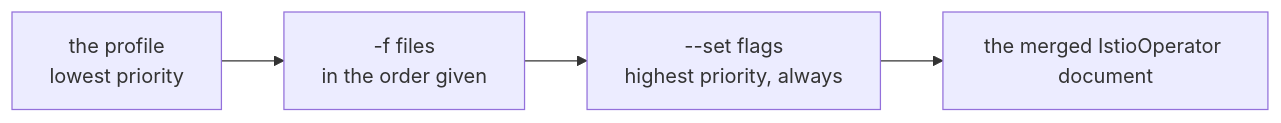
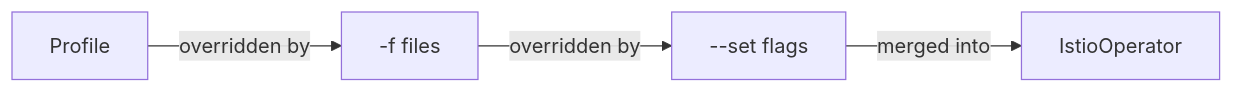
Before and after one commit to astrona-io/ATS013: the second of 2 diagrams in sections/section-010/module-01/course-01-render-and-apply-pipeline.md, drawn with Mermaid. The commit also changed other lines of this file and 24 other files, not shown here.

````diff
--- a/sections/section-010/module-01/course-01-render-and-apply-pipeline.md
+++ b/sections/section-010/module-01/course-01-render-and-apply-pipeline.md
@@ -72,6 +90,6 @@
 ```mermaid
 flowchart LR
-    P["the profile<br/>lowest priority"] --> F["-f files<br/>in the order given"]
-    F --> S["--set flags<br/>highest priority, always"]
-    S --> M["the merged IstioOperator document"]
+    P["Profile"] -->|"overridden by"| F["-f files"]
+    F -->|"overridden by"| S["--set flags"]
+    S -->|"merged into"| M["IstioOperator"]
 ```
````
